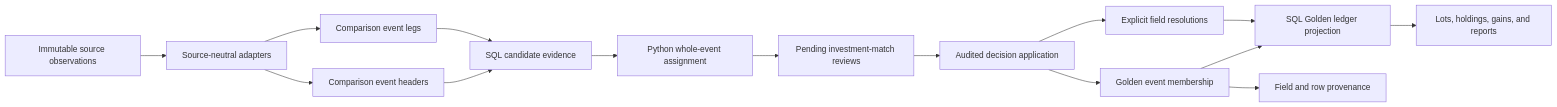
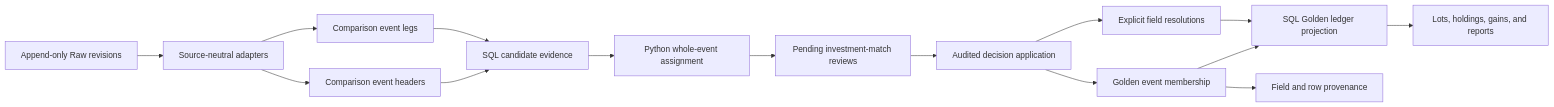
The diagram in docs/specs/investment-event-matching.md (bsaffel/moneybin), drawn with Mermaid before and after one commit. The commit also changed other lines of this file and 2 other files, not shown here.

````diff
--- a/docs/specs/investment-event-matching.md
+++ b/docs/specs/investment-event-matching.md
@@ -116,17 +118,17 @@
 ```mermaid
 flowchart LR
-    R["Immutable source observations"] --> A["Source-neutral adapters"]
+    R["Append-only Raw revisions"] --> A["Source-neutral adapters"]
     A --> H["Comparison event headers"]
     A --> L["Comparison event legs"]
     H --> C["SQL candidate evidence"]
     L --> C
     C --> P["Python whole-event assignment"]
     P --> Q["Pending investment-match reviews"]
     Q --> D["Audited decision application"]
     D --> M["Golden event membership"]
     D --> F["Explicit field resolutions"]
     M --> G["SQL Golden ledger projection"]
     F --> G
     G --> T["Lots, holdings, gains, and reports"]
     M --> V["Field and row provenance"]
 ```
````
